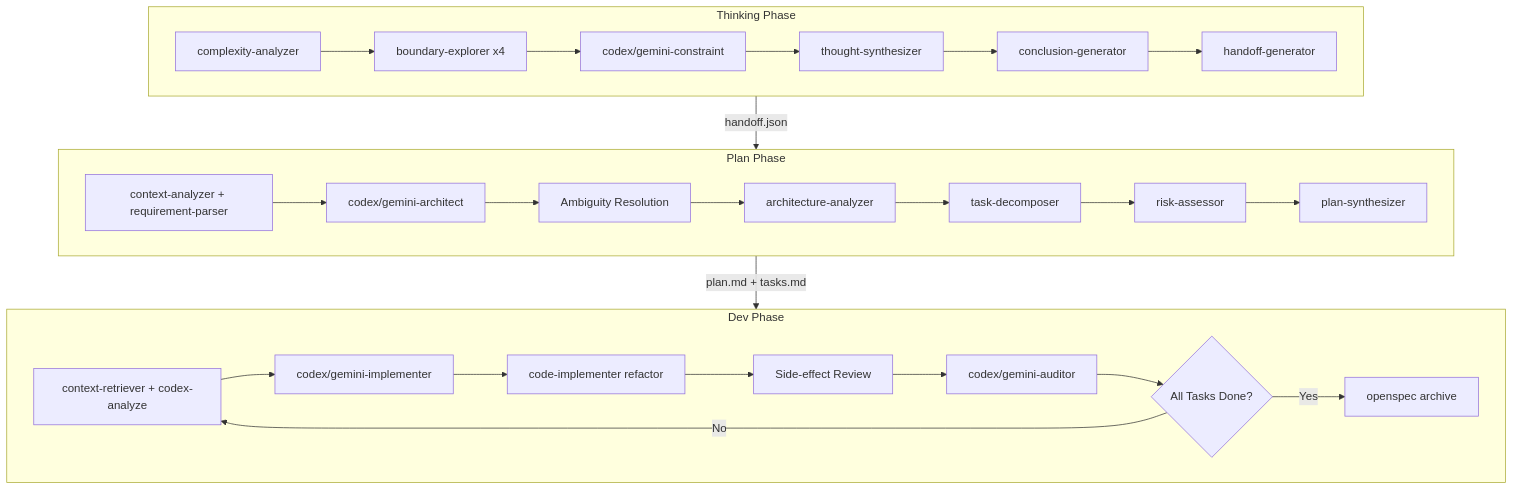
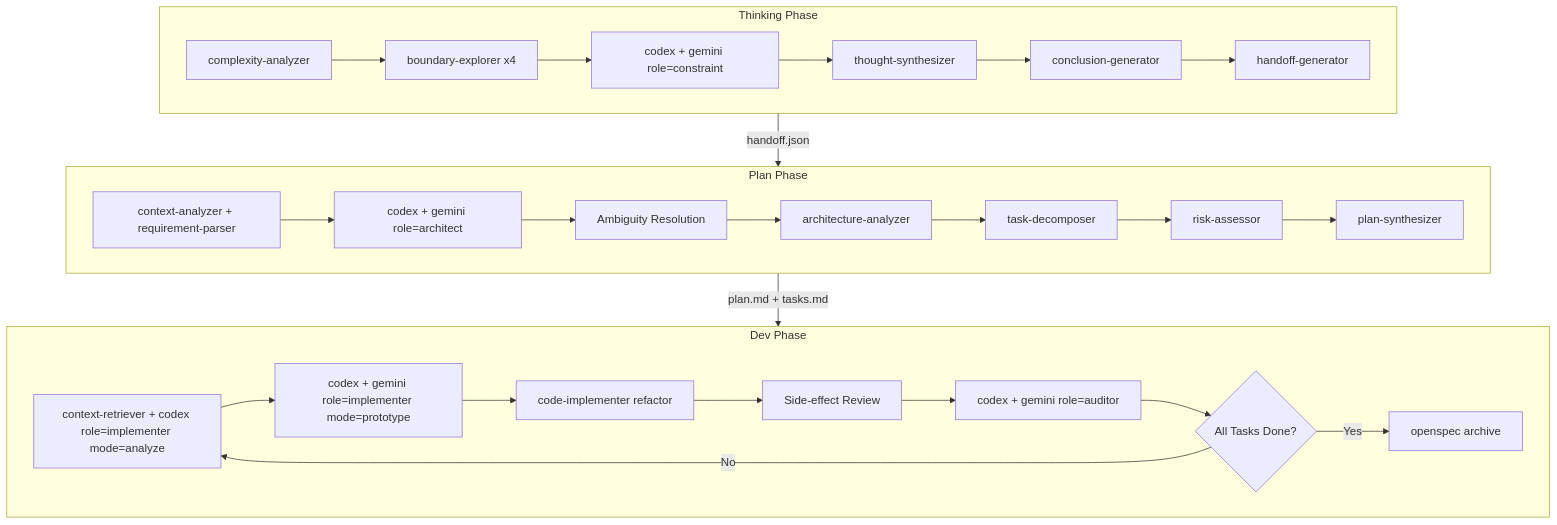
Before and after one commit to zengwenliang416/my-plugins: the diagram in llmdoc/architecture/tpd-workflow.md, drawn with Mermaid. The commit also changed other lines of this file and 3 other files, not shown here.

````diff
--- a/llmdoc/architecture/tpd-workflow.md
+++ b/llmdoc/architecture/tpd-workflow.md
@@ -19,32 +22,32 @@
 ```mermaid
 graph TD
     subgraph Phase1[Thinking Phase]
         T1[complexity-analyzer] --> T2[boundary-explorer x4]
-        T2 --> T3[codex/gemini-constraint]
+        T2 --> T3[codex + gemini role=constraint]
         T3 --> T4[thought-synthesizer]
         T4 --> T5[conclusion-generator]
         T5 --> T6[handoff-generator]
     end
 
     subgraph Phase2[Plan Phase]
-        P1[context-analyzer + requirement-parser] --> P2[codex/gemini-architect]
+        P1[context-analyzer + requirement-parser] --> P2[codex + gemini role=architect]
         P2 --> P3[Ambiguity Resolution]
         P3 --> P4[architecture-analyzer]
         P4 --> P5[task-decomposer]
         P5 --> P6[risk-assessor]
         P6 --> P7[plan-synthesizer]
     end
 
     subgraph Phase3[Dev Phase]
-        D1[context-retriever + codex-analyze] --> D2[codex/gemini-implementer]
+        D1[context-retriever + codex role=implementer mode=analyze] --> D2[codex + gemini role=implementer mode=prototype]
         D2 --> D3[code-implementer refactor]
         D3 --> D4[Side-effect Review]
-        D4 --> D5[codex/gemini-auditor]
+        D4 --> D5[codex + gemini role=auditor]
         D5 --> D6{All Tasks Done?}
         D6 -->|No| D1
         D6 -->|Yes| D7[openspec archive]
     end
 
     Phase1 -->|handoff.json| Phase2
     Phase2 -->|plan.md + tasks.md| Phase3
 ```
````
